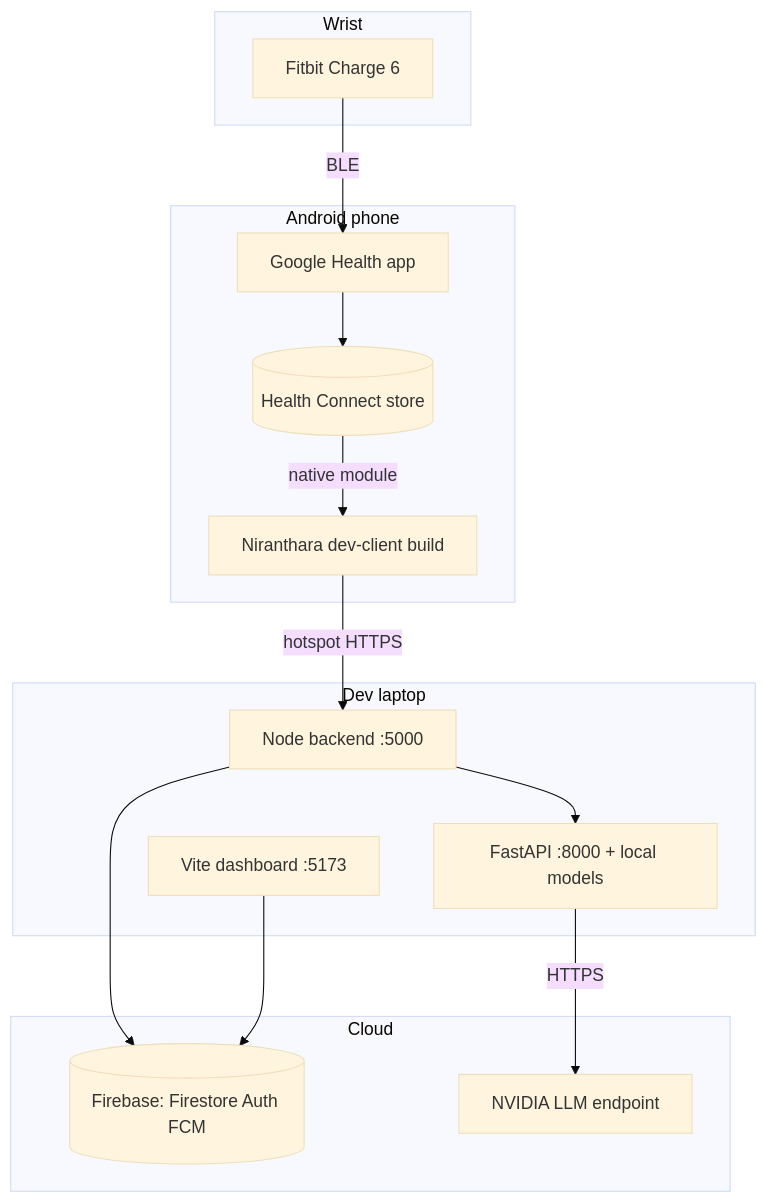
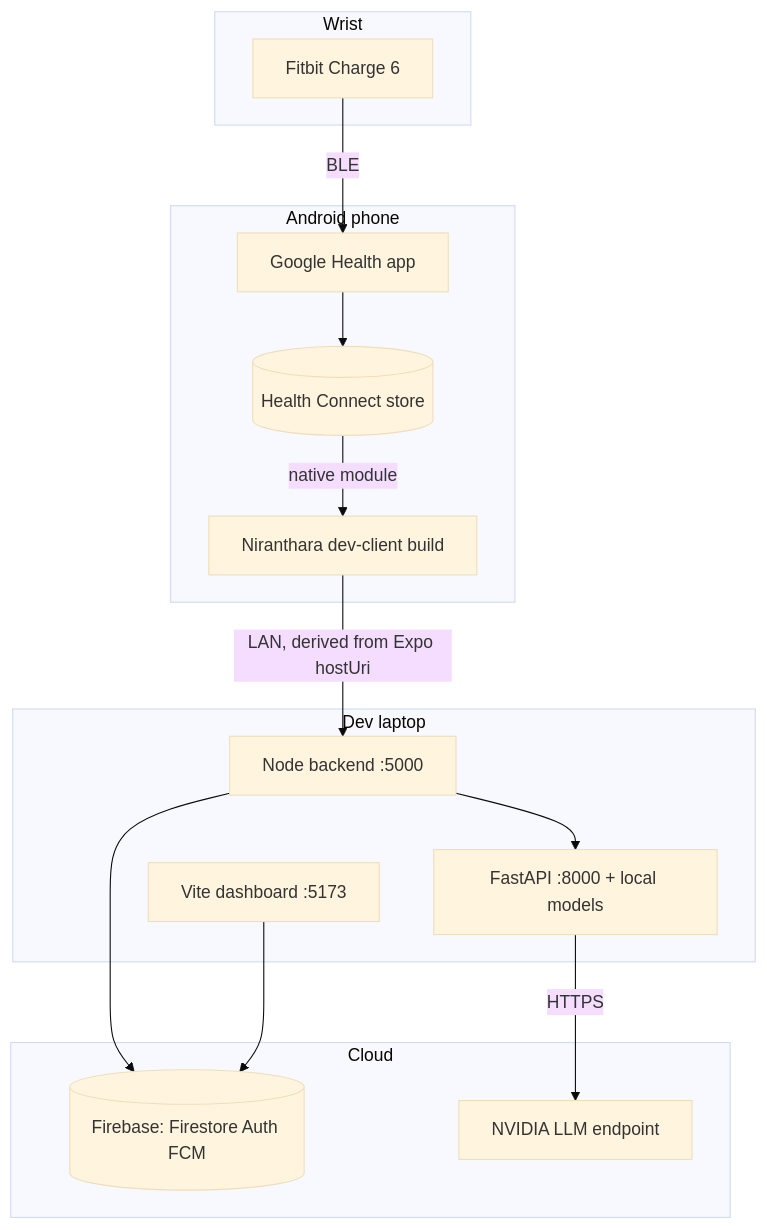
The tenth of 14 diagrams in README.md (KARTHIKAKRISHNA123/niranthara-ai-powered-mental-health-continuity), drawn with Mermaid (base theme) before and after one commit. The commit also changed other lines of this file and 16 other files, not shown here.

````diff
--- a/README.md
+++ b/README.md
@@ -537,26 +543,26 @@
 ```mermaid
 graph TD
   subgraph Wrist["Wrist"]
     W["Fitbit Charge 6"]
   end
   subgraph Phone["Android phone"]
     GH["Google Health app"] --> HCDB[("Health Connect store")]
     APP["Niranthara dev-client build"]
   end
   subgraph Laptop["Dev laptop"]
     BE2["Node backend :5000"]
     AI2["FastAPI :8000 + local models"]
     DASH2["Vite dashboard :5173"]
   end
   subgraph Cloud["Cloud"]
     FB[("Firebase: Firestore Auth FCM")]
     NVD["NVIDIA LLM endpoint"]
   end
-  W -->|BLE| GH
-  HCDB -->|native module| APP
-  APP -->|hotspot HTTPS| BE2
+  W -->|"BLE"| GH
+  HCDB -->|"native module"| APP
+  APP -->|"LAN, derived from Expo hostUri"| BE2
   BE2 --> AI2
-  AI2 -->|HTTPS| NVD
+  AI2 -->|"HTTPS"| NVD
   BE2 --> FB
   DASH2 --> FB
 ```
````
